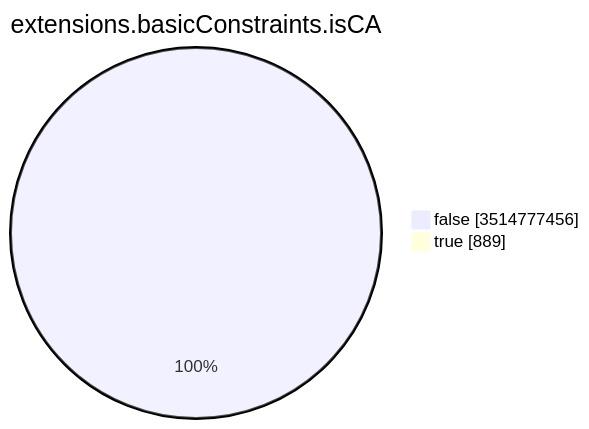
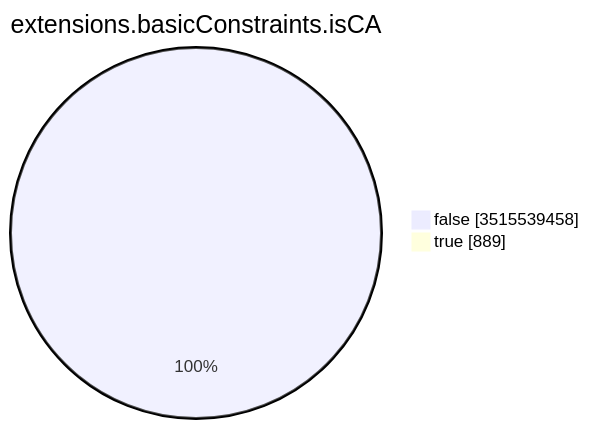
One commit to christiankrug/ctmonitor_visualization changed the seventh of 15 diagrams in TOTAL/README.md. Above: the diagram before and after it, drawn with Mermaid. The commit also changed other lines of this file, not shown here.

````diff
--- a/TOTAL/README.md
+++ b/TOTAL/README.md
@@ -3094,6 +3094,6 @@
 ```mermaid
 pie showData
 title extensions.basicConstraints.isCA
-"false" :3514777456
+"false" :3515539458
 "true" :889
 ```
````
